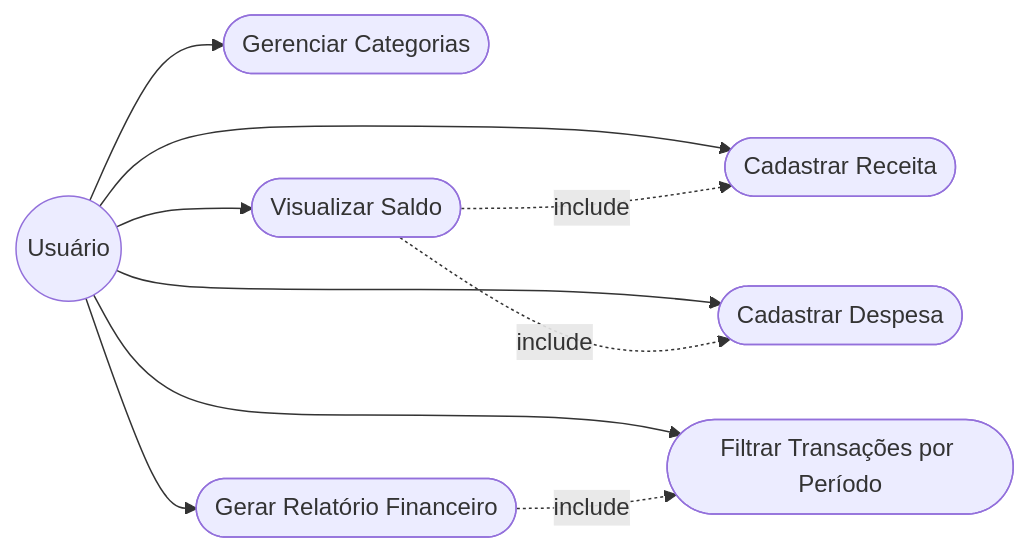
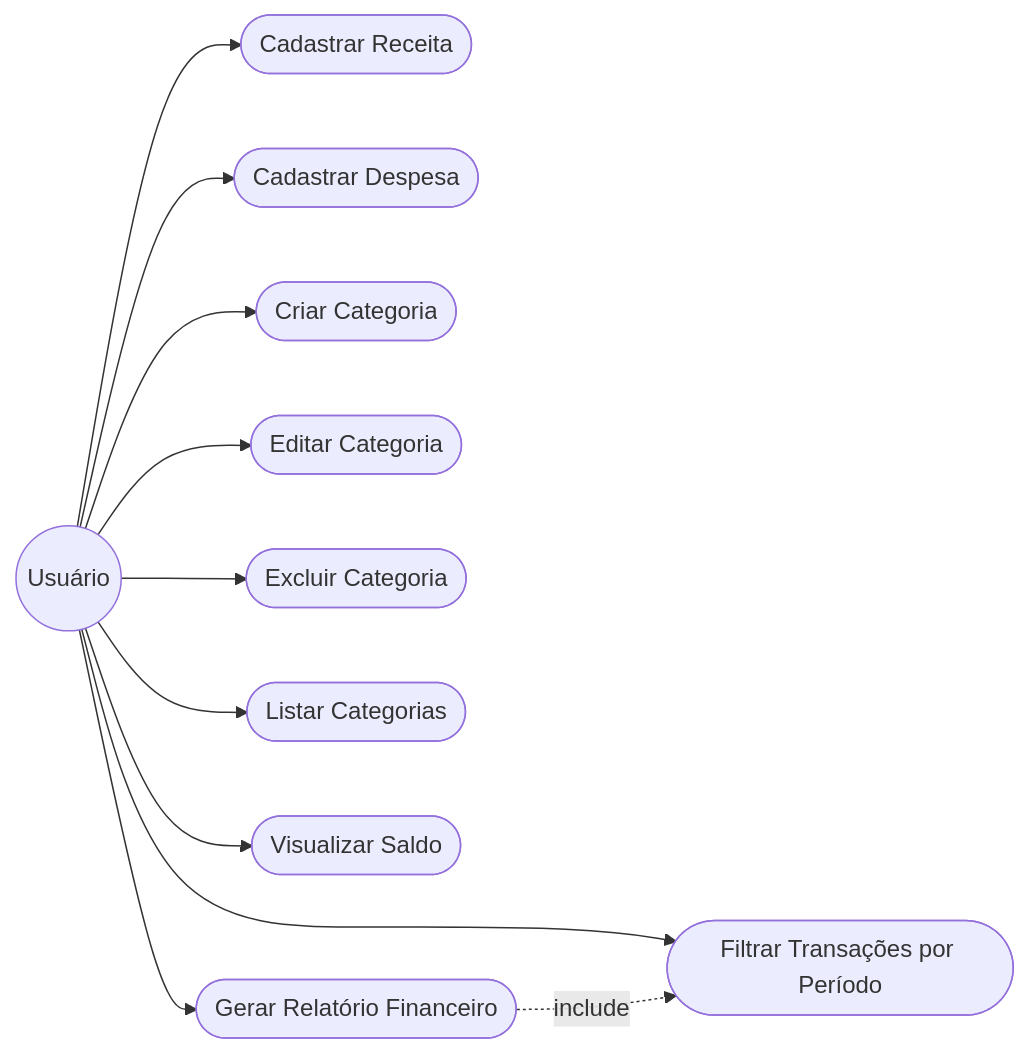
Before and after one commit to NEXA-project-br/NEXA: the seventh of 7 diagrams in relacionamento/dcu.md, drawn with Mermaid. The commit also changed other lines of this file, not shown here.

Commit message:
Refactor mermaid diagrams for user interactions

````diff
--- a/relacionamento/dcu.md
+++ b/relacionamento/dcu.md
@@ -124,22 +102,26 @@
 ```mermaid
 graph LR
   U((Usuário))
 
   RF01([Cadastrar Receita])
   RF02([Cadastrar Despesa])
-  RF03([Gerenciar Categorias])
+  A1([Criar Categoria])
+  A2([Editar Categoria])
+  A3([Excluir Categoria])
+  A4([Listar Categorias])
   RF04([Visualizar Saldo])
   RF05([Filtrar Transações por Período])
   RF06([Gerar Relatório Financeiro])
 
   U --> RF01
   U --> RF02
-  U --> RF03
+  U --> A1
+  U --> A2
+  U --> A3
+  U --> A4
   U --> RF04
   U --> RF05
   U --> RF06
 
-  RF04 -.->|include| RF01
-  RF04 -.->|include| RF02
   RF06 -.->|include| RF05
 ```
````
